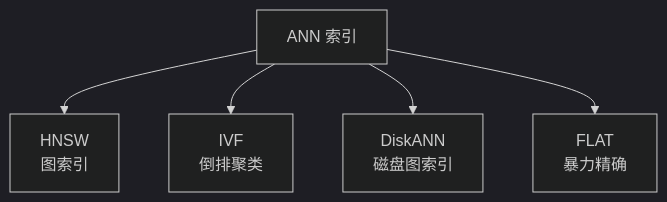
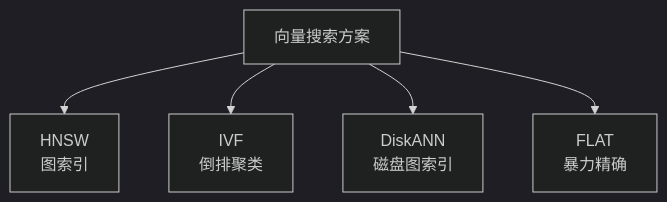
The first of 3 diagrams in docs/rag/02-ingestion-indexing/08-vector-database.md (oneleaveknowsthefall/awesome-ai-roadmap), drawn with Mermaid (dark theme) before and after one commit. The commit also changed other lines of this file and 61 other files, not shown here.

````diff
--- a/docs/rag/02-ingestion-indexing/08-vector-database.md
+++ b/docs/rag/02-ingestion-indexing/08-vector-database.md
@@ -17,7 +21,7 @@
 ```mermaid
 flowchart TB
-    ANN[ANN 索引] --> HNSW[HNSW<br/>图索引]
+    ANN[向量搜索方案] --> HNSW[HNSW<br/>图索引]
     ANN --> IVF[IVF<br/>倒排聚类]
     ANN --> DISK[DiskANN<br/>磁盘图索引]
     ANN --> FLAT[FLAT<br/>暴力精确]
 ```
````
